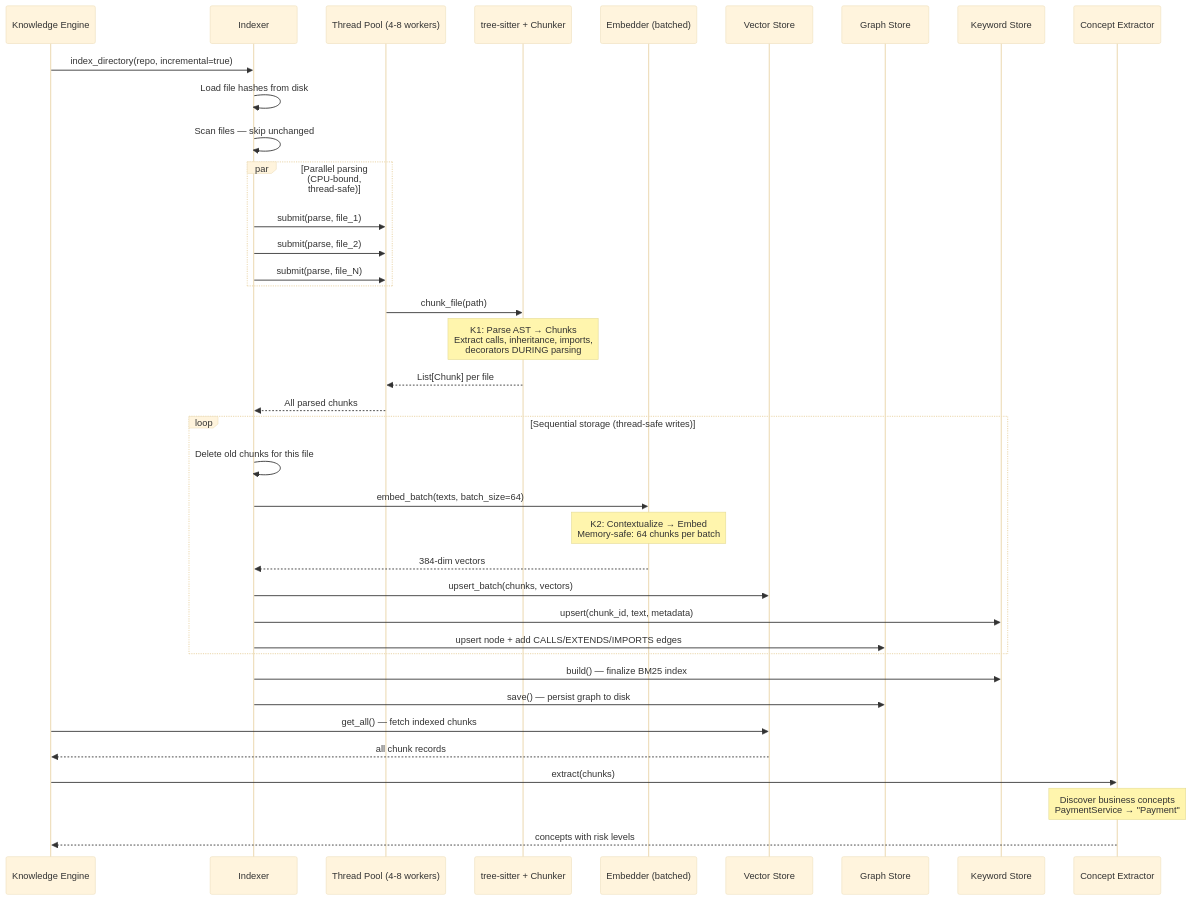
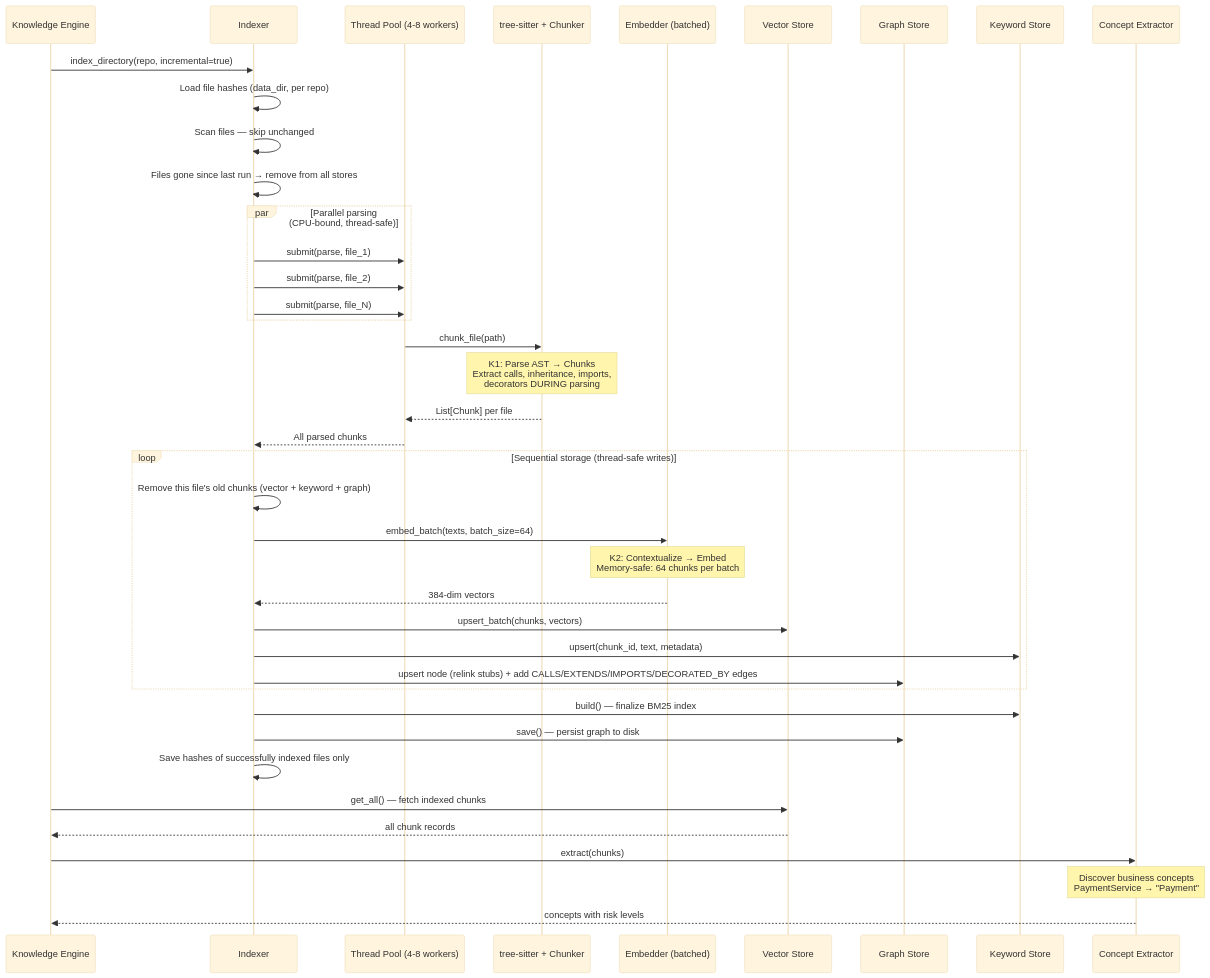
Before and after one commit to SayantanBong007/-Kitsune: the second of 5 diagrams in KITSUNE_ARCHITECTURE.md, drawn with Mermaid (base theme). The commit also changed other lines of this file and 27 other files, not shown here.

````diff
--- a/KITSUNE_ARCHITECTURE.md
+++ b/KITSUNE_ARCHITECTURE.md
@@ -199,46 +211,48 @@
 ```mermaid
 sequenceDiagram
     participant Engine as Knowledge Engine
     participant Idx as Indexer
     participant Pool as Thread Pool (4-8 workers)
     participant Parser as tree-sitter + Chunker
     participant Embed as Embedder (batched)
     participant VS as Vector Store
     participant GS as Graph Store
     participant KS as Keyword Store
     participant CE as Concept Extractor
 
     Engine->>Idx: index_directory(repo, incremental=true)
-    Idx->>Idx: Load file hashes from disk
+    Idx->>Idx: Load file hashes (data_dir, per repo)
     Idx->>Idx: Scan files — skip unchanged
+    Idx->>Idx: Files gone since last run → remove from all stores
 
     par Parallel parsing (CPU-bound, thread-safe)
         Idx->>Pool: submit(parse, file_1)
         Idx->>Pool: submit(parse, file_2)
         Idx->>Pool: submit(parse, file_N)
     end
 
     Pool->>Parser: chunk_file(path)
     Note over Parser: K1: Parse AST → Chunks<br/>Extract calls, inheritance, imports,<br/>decorators DURING parsing
     Parser-->>Pool: List[Chunk] per file
     Pool-->>Idx: All parsed chunks
 
     loop Sequential storage (thread-safe writes)
-        Idx->>Idx: Delete old chunks for this file
+        Idx->>Idx: Remove this file's old chunks (vector + keyword + graph)
         Idx->>Embed: embed_batch(texts, batch_size=64)
         Note over Embed: K2: Contextualize → Embed<br/>Memory-safe: 64 chunks per batch
         Embed-->>Idx: 384-dim vectors
         Idx->>VS: upsert_batch(chunks, vectors)
         Idx->>KS: upsert(chunk_id, text, metadata)
-        Idx->>GS: upsert node + add CALLS/EXTENDS/IMPORTS edges
+        Idx->>GS: upsert node (relink stubs) + add CALLS/EXTENDS/IMPORTS/DECORATED_BY edges
     end
 
     Idx->>KS: build() — finalize BM25 index
     Idx->>GS: save() — persist graph to disk
+    Idx->>Idx: Save hashes of successfully indexed files only
 
     Engine->>VS: get_all() — fetch indexed chunks
     VS-->>Engine: all chunk records
     Engine->>CE: extract(chunks)
     Note over CE: Discover business concepts<br/>PaymentService → "Payment"
     CE-->>Engine: concepts with risk levels
 ```
````
